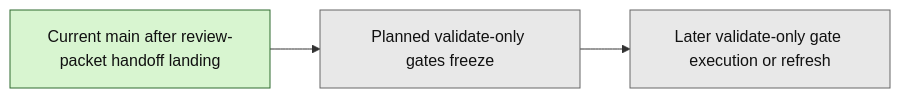
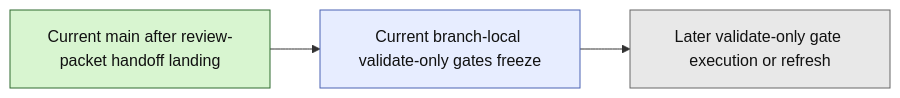
Before and after one commit to benjmcd/project6_REPO_MCP_FOLDER: the second of 2 diagrams in next_milestone_plans/layer3_progress_board.md, drawn with Mermaid. The commit also changed other lines of this file and 9 other files, not shown here.

Commit message:
docs(layer3): freeze validate-only-gates continuation

````diff
--- a/next_milestone_plans/layer3_progress_board.md
+++ b/next_milestone_plans/layer3_progress_board.md
@@ -166,13 +177,13 @@
 ```mermaid
 flowchart LR
-    A["Current main after review-packet handoff landing"] --> B["Planned validate-only gates freeze"]
+    A["Current main after review-packet handoff landing"] --> B["Current branch-local validate-only gates freeze"]
     B --> C["Later validate-only gate execution or refresh"]
 
     classDef done fill:#d8f5d0,stroke:#2f6b2f,color:#111;
-    classDef planned fill:#fff1bf,stroke:#9a6b00,color:#111;
+    classDef branch fill:#e7edff,stroke:#4b63b3,color:#111;
     classDef future fill:#e8e8e8,stroke:#666,color:#111;
 
     class A done;
-    class B planned;
-    class B,C future;
+    class B branch;
+    class C future;
 ```
````
